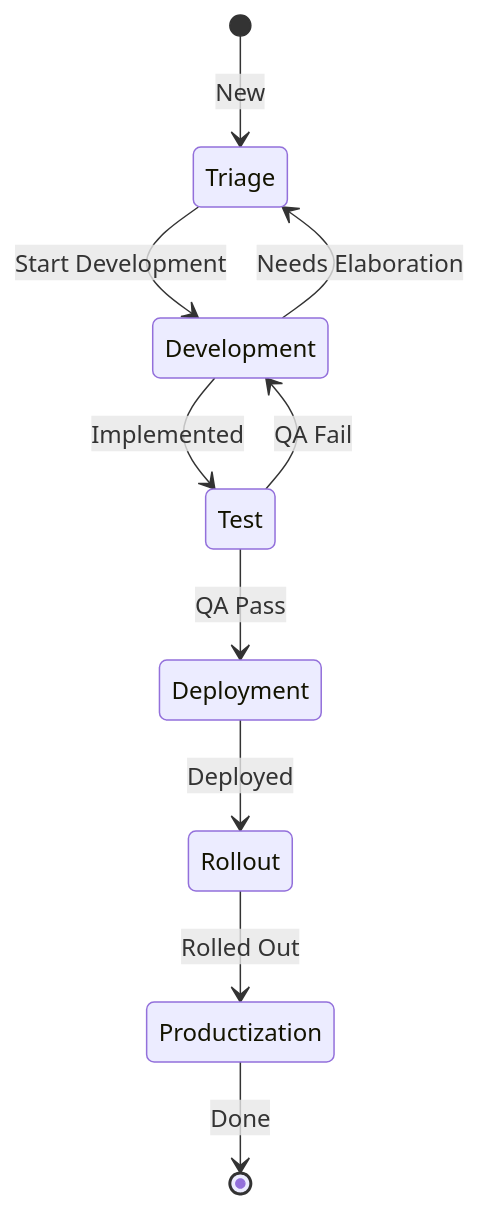
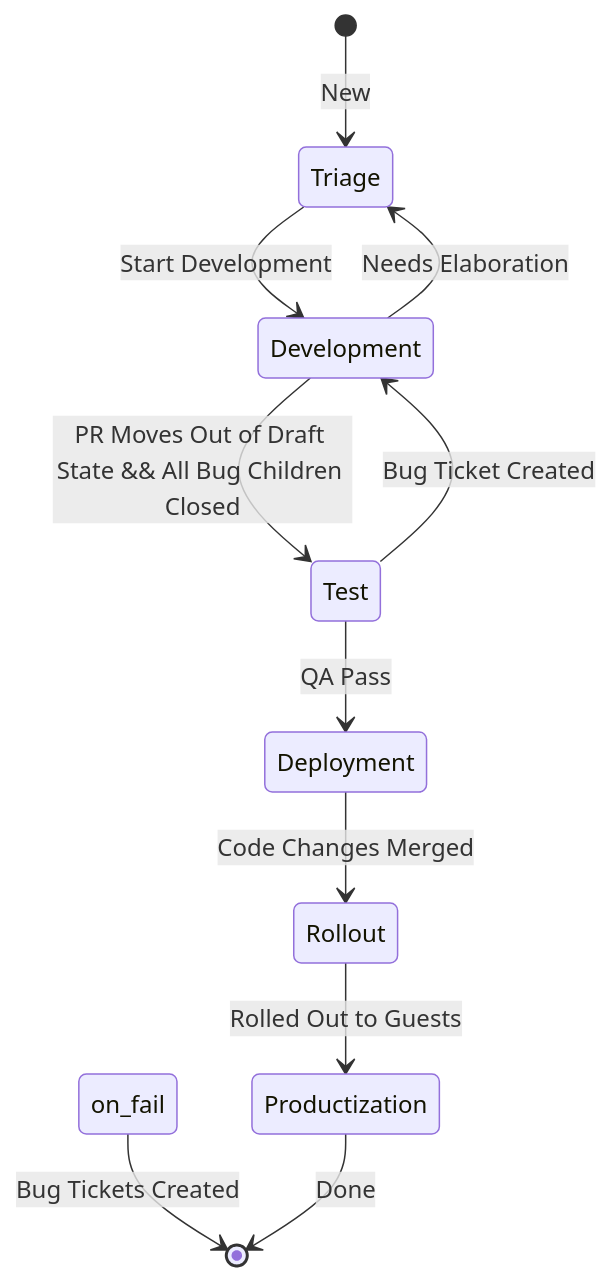
The diagram in workflow.md (NyanHelsing/nyanhelsing.github.io), drawn with Mermaid before and after one commit.

````diff
--- a/workflow.md
+++ b/workflow.md
@@ -9,13 +9,14 @@
 ```mermaid
 stateDiagram-v2
     [*] --> Triage: New
     Triage --> Development: Start Development
     Development --> Triage: Needs Elaboration
-    Development --> Test: Implemented
-    Test --> Development: QA Fail
+    Development --> Test: PR Moves Out of Draft State && All Bug Children Closed
+    Test --> Development: Bug Ticket Created
+    on_fail --> [*]: Bug Tickets Created
     Test --> Deployment: QA Pass
-    Deployment --> Rollout: Deployed
-    Rollout --> Productization: Rolled Out
+    Deployment --> Rollout: Code Changes Merged
+    Rollout --> Productization: Rolled Out to Guests
     Productization --> [*]: Done
     
 ```
````
